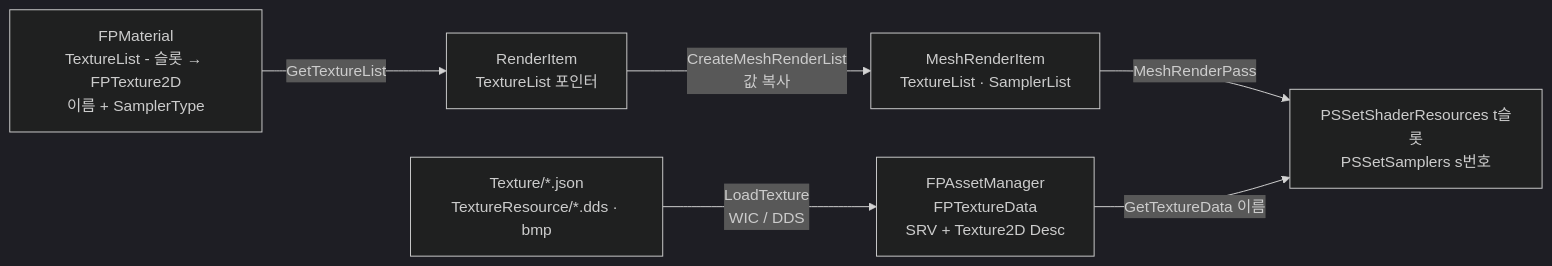
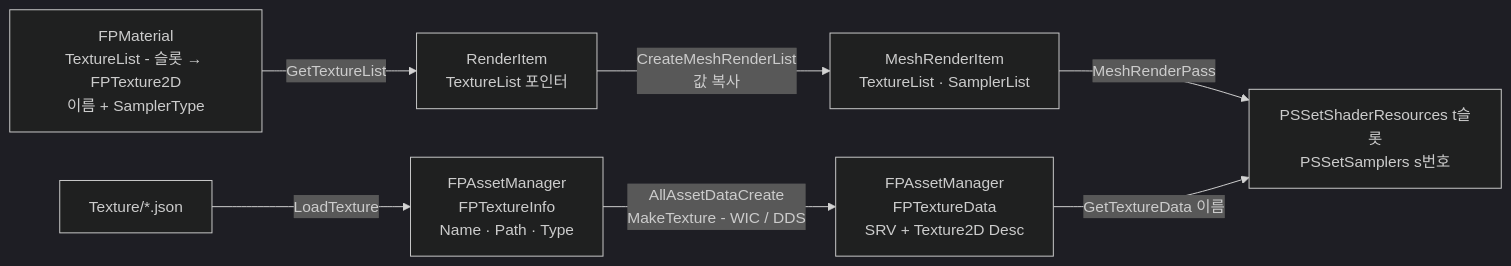
One commit to Gat-Young/ForestPearlEngine changed diagram 11 of 15 in README.md. Above: the diagram before and after it, drawn with Mermaid (dark theme). The commit also changed other lines of this file, not shown here.

````diff
--- a/README.md
+++ b/README.md
@@ -1012,8 +1042,9 @@
 ```mermaid
 flowchart LR
-    J["Texture/*.json<br/>TextureResource/*.dds · bmp"] -->|"LoadTexture<br/>WIC / DDS"| AM["FPAssetManager<br/>FPTextureData<br/>SRV + Texture2D Desc"]
+    J["Texture/*.json"] -->|"LoadTexture"| TI["FPAssetManager<br/>FPTextureInfo<br/>Name · Path · Type"]
+    TI -->|"AllAssetDataCreate<br/>MakeTexture - WIC / DDS"| AM["FPAssetManager<br/>FPTextureData<br/>SRV + Texture2D Desc"]
     MAT["FPMaterial<br/>TextureList - 슬롯 → FPTexture2D<br/>이름 + SamplerType"] -->|"GetTextureList"| RI["RenderItem<br/>TextureList 포인터"]
     RI -->|"CreateMeshRenderList<br/>값 복사"| RL["MeshRenderItem<br/>TextureList · SamplerList"]
     RL -->|"MeshRenderPass"| PS["PSSetShaderResources t슬롯<br/>PSSetSamplers s번호"]
     AM -->|"GetTextureData 이름"| PS
 ```
````
